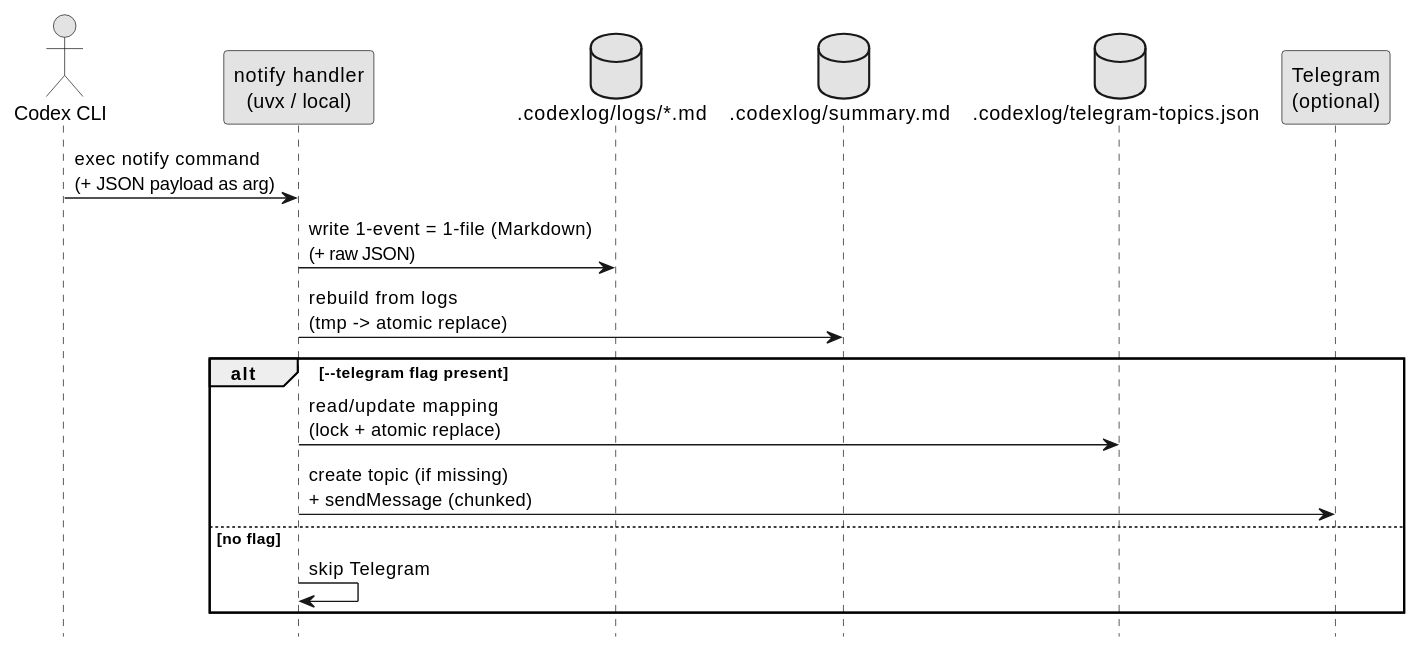
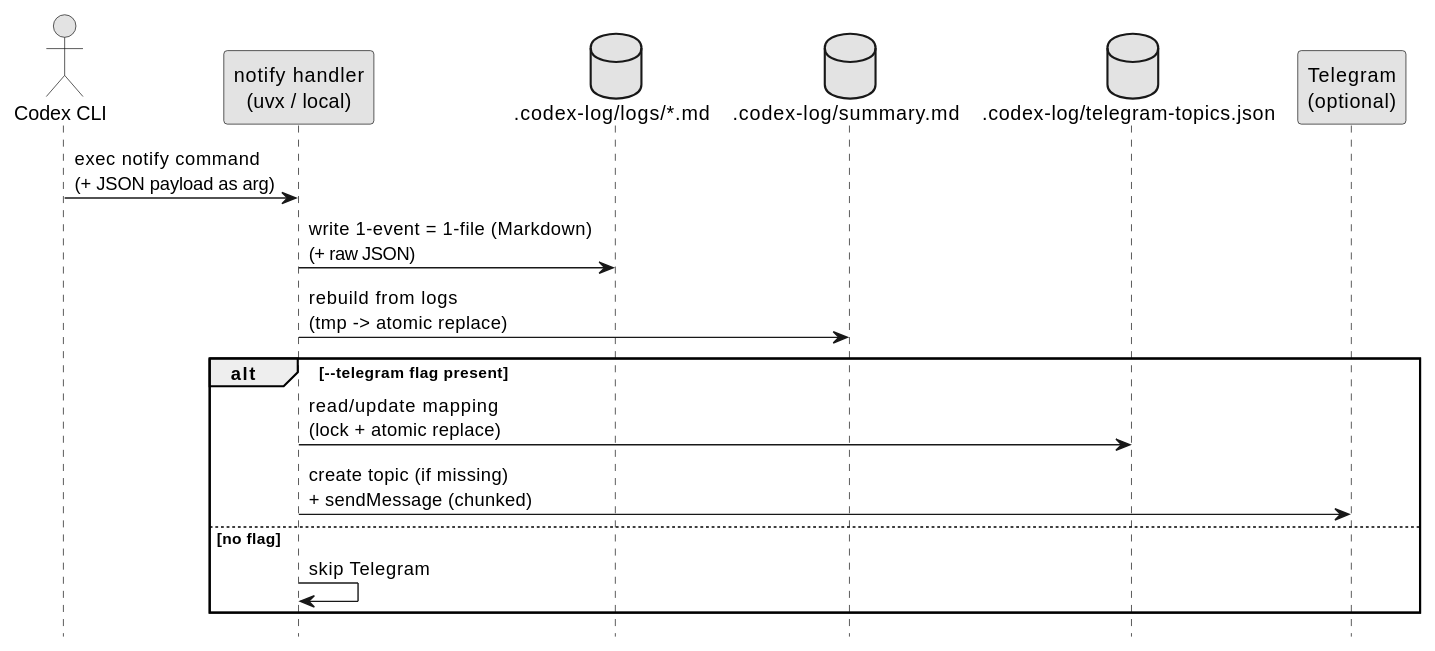
The first of 2 diagrams in spec-dock/initiatives/init-local-00001-codex-notify-json-logger/requirement.md (chemitaro/codex-agent-logger), drawn with PlantUML before and after one commit. The commit also changed other lines of this file and 1 other file, not shown here.

Commit message:
docs(init-local-00001): JSONロガー仕様を .codex-log と CLI 名へ更新 - `.codexlog` 系の出力ディレクトリ参照を `.codex-log` に統一 - `codexlog` CLI 名を `codex-logger` に変更 - uvx 実行例にタグ・コミット・ローカルパス指定を追記

````diff
--- a/spec-dock/initiatives/init-local-00001-codex-notify-json-logger/requirement.md
+++ b/spec-dock/initiatives/init-local-00001-codex-notify-json-logger/requirement.md
@@ -40,24 +40,24 @@
 ```plantuml
 @startuml
 skinparam monochrome true
 hide footbox
 
 actor "Codex CLI" as Codex
 participant "notify handler\n(uvx / local)" as Handler
-database ".codexlog/logs/*.md" as Logs
-database ".codexlog/summary.md" as Summary
-database ".codexlog/telegram-topics.json" as Map
+database ".codex-log/logs/*.md" as Logs
+database ".codex-log/summary.md" as Summary
+database ".codex-log/telegram-topics.json" as Map
 participant "Telegram\n(optional)" as TG
 
 Codex -> Handler: exec notify command\n(+ JSON payload as arg)
 Handler -> Logs: write 1-event = 1-file (Markdown)\n(+ raw JSON)
 Handler -> Summary: rebuild from logs\n(tmp -> atomic replace)
 
 alt --telegram flag present
   Handler -> Map: read/update mapping\n(lock + atomic replace)
   Handler -> TG: create topic (if missing)\n+ sendMessage (chunked)
 else no flag
   Handler -> Handler: skip Telegram
 end
 @enduml
 ```
````
